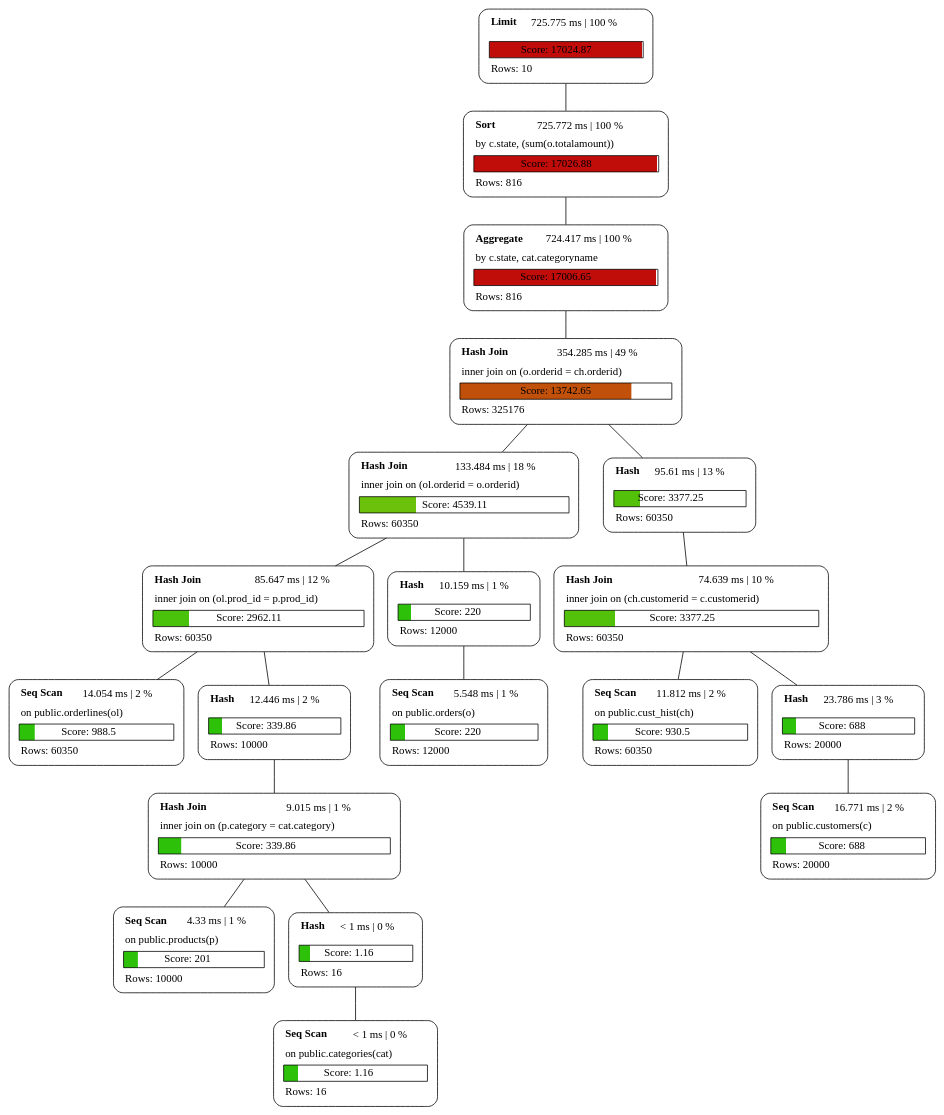
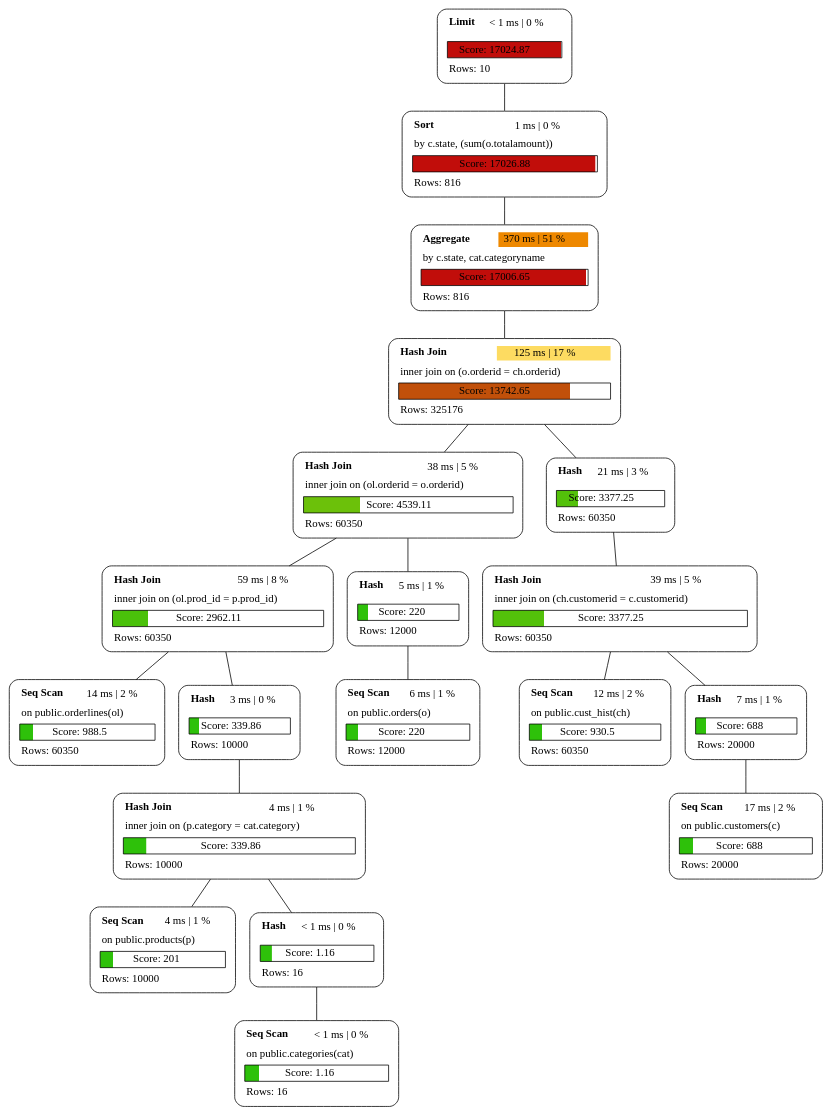
One commit to sanpii/explain changed the diagram in examples/plan_5.dot. Above: the diagram before and after it, drawn with Graphviz. The commit also changed 16 other files, not shown here.

```diff
--- a/examples/plan_5.dot
+++ b/examples/plan_5.dot
@@ -1,23 +1,23 @@
 graph explain {
-    node0[label=<<table border="0" cellborder="0" cellspacing="5"><tr><td align="left"><b>Limit</b></td><td>725.775 ms | 100 %</td></tr><tr><td colspan="2" align="left"></td></tr><tr><td colspan="2" border="1" bgcolor="#c10d0a;0.99:white">Score: 17024.87</td></tr><tr><td colspan="2" align="left">Rows: 10</td></tr></table>>][style="rounded"][shape="box"];
-    node1[label=<<table border="0" cellborder="0" cellspacing="5"><tr><td align="left"><b>Sort</b></td><td>725.772 ms | 100 %</td></tr><tr><td colspan="2" align="left">by c.state, (sum(o.totalamount))</td></tr><tr><td colspan="2" border="1" bgcolor="#c10d0a;0.99:white">Score: 17026.88</td></tr><tr><td colspan="2" align="left">Rows: 816</td></tr></table>>][style="rounded"][shape="box"];
-    node2[label=<<table border="0" cellborder="0" cellspacing="5"><tr><td align="left"><b>Aggregate</b></td><td>724.417 ms | 100 %</td></tr><tr><td colspan="2" align="left">by c.state, cat.categoryname</td></tr><tr><td colspan="2" border="1" bgcolor="#c10d0a;0.99:white">Score: 17006.65</td></tr><tr><td colspan="2" align="left">Rows: 816</td></tr></table>>][style="rounded"][shape="box"];
-    node3[label=<<table border="0" cellborder="0" cellspacing="5"><tr><td align="left"><b>Hash Join</b></td><td>354.285 ms | 49 %</td></tr><tr><td colspan="2" align="left">inner join on (o.orderid = ch.orderid)</td></tr><tr><td colspan="2" border="1" bgcolor="#c1500a;0.81:white">Score: 13742.65</td></tr><tr><td colspan="2" align="left">Rows: 325176</td></tr></table>>][style="rounded"][shape="box"];
-    node4[label=<<table border="0" cellborder="0" cellspacing="5"><tr><td align="left"><b>Hash Join</b></td><td>133.484 ms | 18 %</td></tr><tr><td colspan="2" align="left">inner join on (ol.orderid = o.orderid)</td></tr><tr><td colspan="2" border="1" bgcolor="#6cc10a;0.27:white">Score: 4539.11</td></tr><tr><td colspan="2" align="left">Rows: 60350</td></tr></table>>][style="rounded"][shape="box"];
-    node5[label=<<table border="0" cellborder="0" cellspacing="5"><tr><td align="left"><b>Hash Join</b></td><td>85.647 ms | 12 %</td></tr><tr><td colspan="2" align="left">inner join on (ol.prod_id = p.prod_id)</td></tr><tr><td colspan="2" border="1" bgcolor="#4ac10a;0.17:white">Score: 2962.11</td></tr><tr><td colspan="2" align="left">Rows: 60350</td></tr></table>>][style="rounded"][shape="box"];
-    node6[label=<<table border="0" cellborder="0" cellspacing="5"><tr><td align="left"><b>Seq Scan</b></td><td>14.054 ms | 2 %</td></tr><tr><td colspan="2" align="left">on public.orderlines(ol)</td></tr><tr><td colspan="2" border="1" bgcolor="#2ec10a;0.10:white">Score: 988.5</td></tr><tr><td colspan="2" align="left">Rows: 60350</td></tr></table>>][style="rounded"][shape="box"];
-    node7[label=<<table border="0" cellborder="0" cellspacing="5"><tr><td align="left"><b>Hash</b></td><td>12.446 ms | 2 %</td></tr><tr><td colspan="2" align="left"></td></tr><tr><td colspan="2" border="1" bgcolor="#2ec10a;0.10:white">Score: 339.86</td></tr><tr><td colspan="2" align="left">Rows: 10000</td></tr></table>>][style="rounded"][shape="box"];
-    node8[label=<<table border="0" cellborder="0" cellspacing="5"><tr><td align="left"><b>Hash Join</b></td><td>9.015 ms | 1 %</td></tr><tr><td colspan="2" align="left">inner join on (p.category = cat.category)</td></tr><tr><td colspan="2" border="1" bgcolor="#2ec10a;0.10:white">Score: 339.86</td></tr><tr><td colspan="2" align="left">Rows: 10000</td></tr></table>>][style="rounded"][shape="box"];
-    node9[label=<<table border="0" cellborder="0" cellspacing="5"><tr><td align="left"><b>Seq Scan</b></td><td>4.33 ms | 1 %</td></tr><tr><td colspan="2" align="left">on public.products(p)</td></tr><tr><td colspan="2" border="1" bgcolor="#2ec10a;0.10:white">Score: 201</td></tr><tr><td colspan="2" align="left">Rows: 10000</td></tr></table>>][style="rounded"][shape="box"];
+    node0[label=<<table border="0" cellborder="0" cellspacing="5"><tr><td align="left"><b>Limit</b></td><td>&lt; 1 ms | 0 %</td></tr><tr><td colspan="2" align="left"></td></tr><tr><td colspan="2" border="1" bgcolor="#c10d0a;0.99:white">Score: 17024.87</td></tr><tr><td colspan="2" align="left">Rows: 10</td></tr></table>>][style="rounded"][shape="box"];
+    node1[label=<<table border="0" cellborder="0" cellspacing="5"><tr><td align="left"><b>Sort</b></td><td bgcolor="white">1 ms | 0 %</td></tr><tr><td colspan="2" align="left">by c.state, (sum(o.totalamount))</td></tr><tr><td colspan="2" border="1" bgcolor="#c10d0a;0.99:white">Score: 17026.88</td></tr><tr><td colspan="2" align="left">Rows: 816</td></tr></table>>][style="rounded"][shape="box"];
+    node2[label=<<table border="0" cellborder="0" cellspacing="5"><tr><td align="left"><b>Aggregate</b></td><td bgcolor="#ee8800">370 ms | 51 %</td></tr><tr><td colspan="2" align="left">by c.state, cat.categoryname</td></tr><tr><td colspan="2" border="1" bgcolor="#c10d0a;0.99:white">Score: 17006.65</td></tr><tr><td colspan="2" align="left">Rows: 816</td></tr></table>>][style="rounded"][shape="box"];
+    node3[label=<<table border="0" cellborder="0" cellspacing="5"><tr><td align="left"><b>Hash Join</b></td><td bgcolor="#fddb61">125 ms | 17 %</td></tr><tr><td colspan="2" align="left">inner join on (o.orderid = ch.orderid)</td></tr><tr><td colspan="2" border="1" bgcolor="#c1500a;0.81:white">Score: 13742.65</td></tr><tr><td colspan="2" align="left">Rows: 325176</td></tr></table>>][style="rounded"][shape="box"];
+    node4[label=<<table border="0" cellborder="0" cellspacing="5"><tr><td align="left"><b>Hash Join</b></td><td bgcolor="white">38 ms | 5 %</td></tr><tr><td colspan="2" align="left">inner join on (ol.orderid = o.orderid)</td></tr><tr><td colspan="2" border="1" bgcolor="#6cc10a;0.27:white">Score: 4539.11</td></tr><tr><td colspan="2" align="left">Rows: 60350</td></tr></table>>][style="rounded"][shape="box"];
+    node5[label=<<table border="0" cellborder="0" cellspacing="5"><tr><td align="left"><b>Hash Join</b></td><td bgcolor="white">59 ms | 8 %</td></tr><tr><td colspan="2" align="left">inner join on (ol.prod_id = p.prod_id)</td></tr><tr><td colspan="2" border="1" bgcolor="#4ac10a;0.17:white">Score: 2962.11</td></tr><tr><td colspan="2" align="left">Rows: 60350</td></tr></table>>][style="rounded"][shape="box"];
+    node6[label=<<table border="0" cellborder="0" cellspacing="5"><tr><td align="left"><b>Seq Scan</b></td><td bgcolor="white">14 ms | 2 %</td></tr><tr><td colspan="2" align="left">on public.orderlines(ol)</td></tr><tr><td colspan="2" border="1" bgcolor="#2ec10a;0.10:white">Score: 988.5</td></tr><tr><td colspan="2" align="left">Rows: 60350</td></tr></table>>][style="rounded"][shape="box"];
+    node7[label=<<table border="0" cellborder="0" cellspacing="5"><tr><td align="left"><b>Hash</b></td><td bgcolor="white">3 ms | 0 %</td></tr><tr><td colspan="2" align="left"></td></tr><tr><td colspan="2" border="1" bgcolor="#2ec10a;0.10:white">Score: 339.86</td></tr><tr><td colspan="2" align="left">Rows: 10000</td></tr></table>>][style="rounded"][shape="box"];
+    node8[label=<<table border="0" cellborder="0" cellspacing="5"><tr><td align="left"><b>Hash Join</b></td><td bgcolor="white">4 ms | 1 %</td></tr><tr><td colspan="2" align="left">inner join on (p.category = cat.category)</td></tr><tr><td colspan="2" border="1" bgcolor="#2ec10a;0.10:white">Score: 339.86</td></tr><tr><td colspan="2" align="left">Rows: 10000</td></tr></table>>][style="rounded"][shape="box"];
+    node9[label=<<table border="0" cellborder="0" cellspacing="5"><tr><td align="left"><b>Seq Scan</b></td><td bgcolor="white">4 ms | 1 %</td></tr><tr><td colspan="2" align="left">on public.products(p)</td></tr><tr><td colspan="2" border="1" bgcolor="#2ec10a;0.10:white">Score: 201</td></tr><tr><td colspan="2" align="left">Rows: 10000</td></tr></table>>][style="rounded"][shape="box"];
     node10[label=<<table border="0" cellborder="0" cellspacing="5"><tr><td align="left"><b>Hash</b></td><td>&lt; 1 ms | 0 %</td></tr><tr><td colspan="2" align="left"></td></tr><tr><td colspan="2" border="1" bgcolor="#2ec10a;0.10:white">Score: 1.16</td></tr><tr><td colspan="2" align="left">Rows: 16</td></tr></table>>][style="rounded"][shape="box"];
     node11[label=<<table border="0" cellborder="0" cellspacing="5"><tr><td align="left"><b>Seq Scan</b></td><td>&lt; 1 ms | 0 %</td></tr><tr><td colspan="2" align="left">on public.categories(cat)</td></tr><tr><td colspan="2" border="1" bgcolor="#2ec10a;0.10:white">Score: 1.16</td></tr><tr><td colspan="2" align="left">Rows: 16</td></tr></table>>][style="rounded"][shape="box"];
-    node12[label=<<table border="0" cellborder="0" cellspacing="5"><tr><td align="left"><b>Hash</b></td><td>10.159 ms | 1 %</td></tr><tr><td colspan="2" align="left"></td></tr><tr><td colspan="2" border="1" bgcolor="#2ec10a;0.10:white">Score: 220</td></tr><tr><td colspan="2" align="left">Rows: 12000</td></tr></table>>][style="rounded"][shape="box"];
-    node13[label=<<table border="0" cellborder="0" cellspacing="5"><tr><td align="left"><b>Seq Scan</b></td><td>5.548 ms | 1 %</td></tr><tr><td colspan="2" align="left">on public.orders(o)</td></tr><tr><td colspan="2" border="1" bgcolor="#2ec10a;0.10:white">Score: 220</td></tr><tr><td colspan="2" align="left">Rows: 12000</td></tr></table>>][style="rounded"][shape="box"];
-    node14[label=<<table border="0" cellborder="0" cellspacing="5"><tr><td align="left"><b>Hash</b></td><td>95.61 ms | 13 %</td></tr><tr><td colspan="2" align="left"></td></tr><tr><td colspan="2" border="1" bgcolor="#53c10a;0.20:white">Score: 3377.25</td></tr><tr><td colspan="2" align="left">Rows: 60350</td></tr></table>>][style="rounded"][shape="box"];
-    node15[label=<<table border="0" cellborder="0" cellspacing="5"><tr><td align="left"><b>Hash Join</b></td><td>74.639 ms | 10 %</td></tr><tr><td colspan="2" align="left">inner join on (ch.customerid = c.customerid)</td></tr><tr><td colspan="2" border="1" bgcolor="#53c10a;0.20:white">Score: 3377.25</td></tr><tr><td colspan="2" align="left">Rows: 60350</td></tr></table>>][style="rounded"][shape="box"];
-    node16[label=<<table border="0" cellborder="0" cellspacing="5"><tr><td align="left"><b>Seq Scan</b></td><td>11.812 ms | 2 %</td></tr><tr><td colspan="2" align="left">on public.cust_hist(ch)</td></tr><tr><td colspan="2" border="1" bgcolor="#2ec10a;0.10:white">Score: 930.5</td></tr><tr><td colspan="2" align="left">Rows: 60350</td></tr></table>>][style="rounded"][shape="box"];
-    node17[label=<<table border="0" cellborder="0" cellspacing="5"><tr><td align="left"><b>Hash</b></td><td>23.786 ms | 3 %</td></tr><tr><td colspan="2" align="left"></td></tr><tr><td colspan="2" border="1" bgcolor="#2ec10a;0.10:white">Score: 688</td></tr><tr><td colspan="2" align="left">Rows: 20000</td></tr></table>>][style="rounded"][shape="box"];
-    node18[label=<<table border="0" cellborder="0" cellspacing="5"><tr><td align="left"><b>Seq Scan</b></td><td>16.771 ms | 2 %</td></tr><tr><td colspan="2" align="left">on public.customers(c)</td></tr><tr><td colspan="2" border="1" bgcolor="#2ec10a;0.10:white">Score: 688</td></tr><tr><td colspan="2" align="left">Rows: 20000</td></tr></table>>][style="rounded"][shape="box"];
+    node12[label=<<table border="0" cellborder="0" cellspacing="5"><tr><td align="left"><b>Hash</b></td><td bgcolor="white">5 ms | 1 %</td></tr><tr><td colspan="2" align="left"></td></tr><tr><td colspan="2" border="1" bgcolor="#2ec10a;0.10:white">Score: 220</td></tr><tr><td colspan="2" align="left">Rows: 12000</td></tr></table>>][style="rounded"][shape="box"];
+    node13[label=<<table border="0" cellborder="0" cellspacing="5"><tr><td align="left"><b>Seq Scan</b></td><td bgcolor="white">6 ms | 1 %</td></tr><tr><td colspan="2" align="left">on public.orders(o)</td></tr><tr><td colspan="2" border="1" bgcolor="#2ec10a;0.10:white">Score: 220</td></tr><tr><td colspan="2" align="left">Rows: 12000</td></tr></table>>][style="rounded"][shape="box"];
+    node14[label=<<table border="0" cellborder="0" cellspacing="5"><tr><td align="left"><b>Hash</b></td><td bgcolor="white">21 ms | 3 %</td></tr><tr><td colspan="2" align="left"></td></tr><tr><td colspan="2" border="1" bgcolor="#53c10a;0.20:white">Score: 3377.25</td></tr><tr><td colspan="2" align="left">Rows: 60350</td></tr></table>>][style="rounded"][shape="box"];
+    node15[label=<<table border="0" cellborder="0" cellspacing="5"><tr><td align="left"><b>Hash Join</b></td><td bgcolor="white">39 ms | 5 %</td></tr><tr><td colspan="2" align="left">inner join on (ch.customerid = c.customerid)</td></tr><tr><td colspan="2" border="1" bgcolor="#53c10a;0.20:white">Score: 3377.25</td></tr><tr><td colspan="2" align="left">Rows: 60350</td></tr></table>>][style="rounded"][shape="box"];
+    node16[label=<<table border="0" cellborder="0" cellspacing="5"><tr><td align="left"><b>Seq Scan</b></td><td bgcolor="white">12 ms | 2 %</td></tr><tr><td colspan="2" align="left">on public.cust_hist(ch)</td></tr><tr><td colspan="2" border="1" bgcolor="#2ec10a;0.10:white">Score: 930.5</td></tr><tr><td colspan="2" align="left">Rows: 60350</td></tr></table>>][style="rounded"][shape="box"];
+    node17[label=<<table border="0" cellborder="0" cellspacing="5"><tr><td align="left"><b>Hash</b></td><td bgcolor="white">7 ms | 1 %</td></tr><tr><td colspan="2" align="left"></td></tr><tr><td colspan="2" border="1" bgcolor="#2ec10a;0.10:white">Score: 688</td></tr><tr><td colspan="2" align="left">Rows: 20000</td></tr></table>>][style="rounded"][shape="box"];
+    node18[label=<<table border="0" cellborder="0" cellspacing="5"><tr><td align="left"><b>Seq Scan</b></td><td bgcolor="white">17 ms | 2 %</td></tr><tr><td colspan="2" align="left">on public.customers(c)</td></tr><tr><td colspan="2" border="1" bgcolor="#2ec10a;0.10:white">Score: 688</td></tr><tr><td colspan="2" align="left">Rows: 20000</td></tr></table>>][style="rounded"][shape="box"];
     node0 -- node1[label=""];
     node1 -- node2[label=""];
     node2 -- node3[label=""];
```
